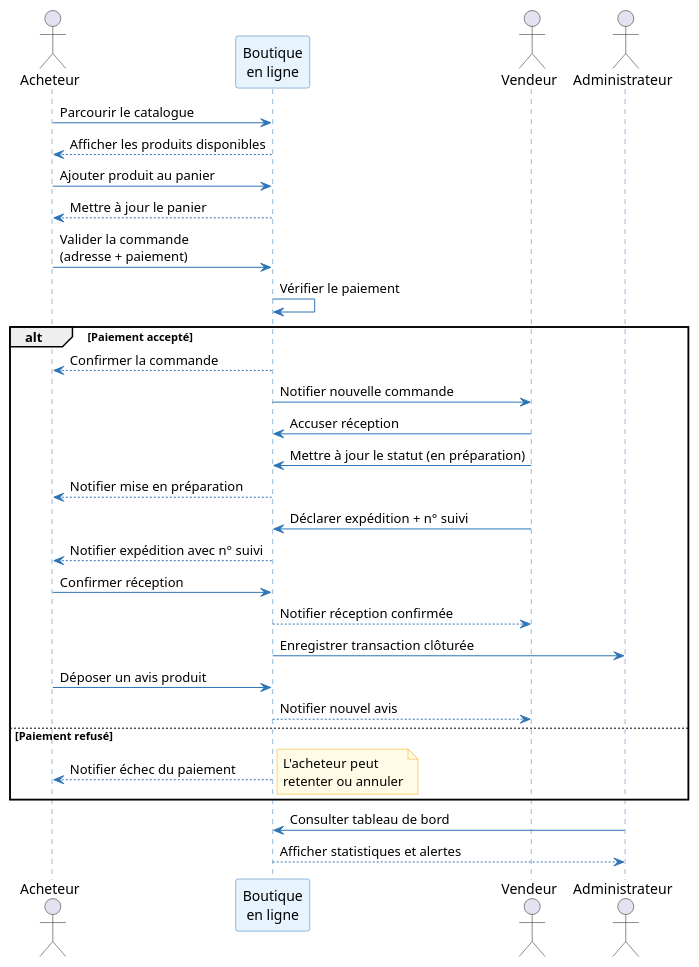
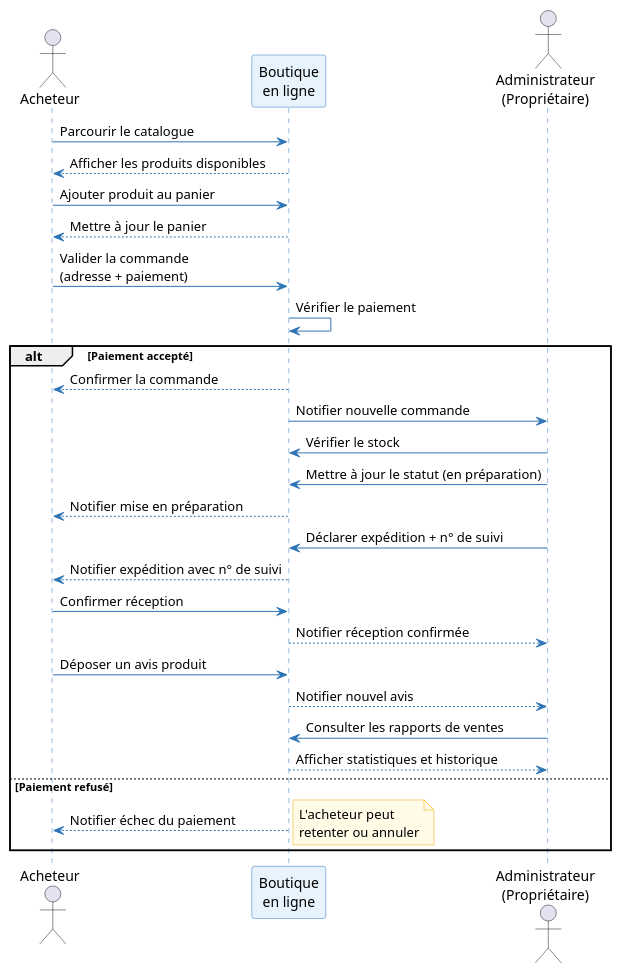
Before and after one commit to louistalvande/online_shop: the third of 4 diagrams in architecture.adoc, drawn with PlantUML. The commit also changed other lines of this file, not shown here.

First line of the commit message:
Revise operational analysis and workflow diagrams

```diff
--- a/architecture.adoc
+++ b/architecture.adoc
@@ -168,48 +156,47 @@
 [plantuml, oa-sequence, svg]
 ----
 skinparam sequenceArrowColor #2E75B6
 skinparam sequenceParticipantBackgroundColor #E8F4FD
 skinparam sequenceParticipantBorderColor #2E75B6
 skinparam sequenceLifeLineBorderColor #2E75B6
 skinparam noteBorderColor #F0A500
 skinparam noteBackgroundColor #FFFBE6
 
 actor Acheteur as Buyer
 participant "Boutique\nen ligne" as Shop
-actor Vendeur as Vendor
-actor Administrateur as Admin
+actor "Administrateur\n(Propriétaire)" as Admin
 
 Buyer -> Shop : Parcourir le catalogue
 Shop --> Buyer : Afficher les produits disponibles
 
 Buyer -> Shop : Ajouter produit au panier
 Shop --> Buyer : Mettre à jour le panier
 
 Buyer -> Shop : Valider la commande\n(adresse + paiement)
 Shop -> Shop : Vérifier le paiement
 
 alt Paiement accepté
   Shop --> Buyer : Confirmer la commande
-  Shop -> Vendor : Notifier nouvelle commande
-  Vendor -> Shop : Accuser réception
-  Vendor -> Shop : Mettre à jour le statut (en préparation)
+  Shop -> Admin : Notifier nouvelle commande
+
+  Admin -> Shop : Vérifier le stock
+  Admin -> Shop : Mettre à jour le statut (en préparation)
   Shop --> Buyer : Notifier mise en préparation
 
-  Vendor -> Shop : Déclarer expédition + n° suivi
-  Shop --> Buyer : Notifier expédition avec n° suivi
+  Admin -> Shop : Déclarer expédition + n° de suivi
+  Shop --> Buyer : Notifier expédition avec n° de suivi
 
   Buyer -> Shop : Confirmer réception
-  Shop --> Vendor : Notifier réception confirmée
-  Shop -> Admin : Enregistrer transaction clôturée
+  Shop --> Admin : Notifier réception confirmée
 
   Buyer -> Shop : Déposer un avis produit
-  Shop --> Vendor : Notifier nouvel avis
+  Shop --> Admin : Notifier nouvel avis
+
+  Admin -> Shop : Consulter les rapports de ventes
+  Shop --> Admin : Afficher statistiques et historique
 
 else Paiement refusé
   Shop --> Buyer : Notifier échec du paiement
   note right : L'acheteur peut\nretenter ou annuler
 end
-
-Admin -> Shop : Consulter tableau de bord
-Shop --> Admin : Afficher statistiques et alertes
 ----
```
